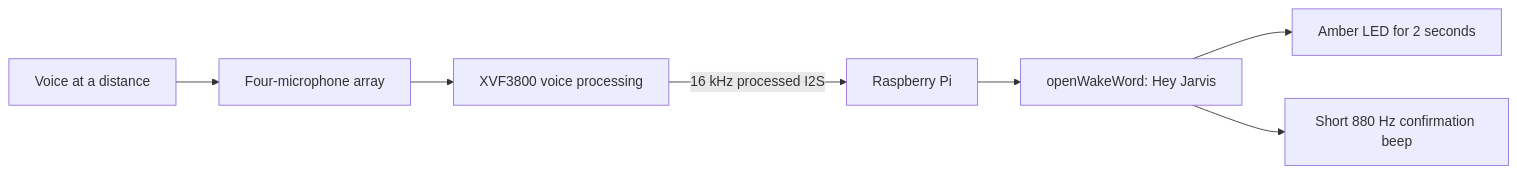
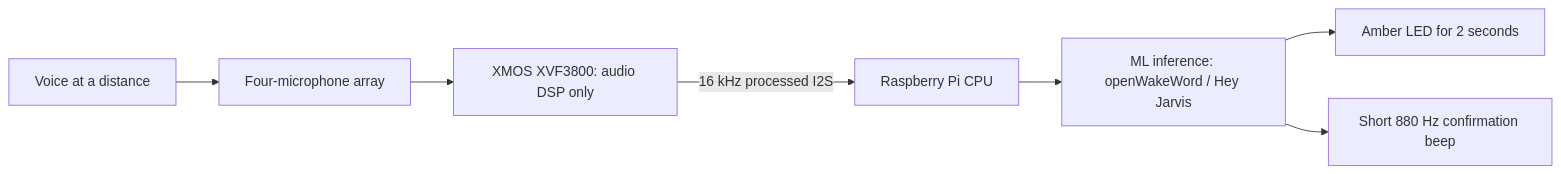
One commit to RASPIAUDIO/Voice-DSP-Plus changed the diagram in docs/application-notes/far-field-wake-word-demo.md. Above: the diagram before and after it, drawn with Mermaid. The commit also changed other lines of this file and 9 other files, not shown here.

Commit message:
Add Voice DSP+ product overview video

````diff
--- a/docs/application-notes/far-field-wake-word-demo.md
+++ b/docs/application-notes/far-field-wake-word-demo.md
@@ -7,9 +19,9 @@
 ```mermaid
 flowchart LR
     A["Voice at a distance"] --> B["Four-microphone array"]
-    B --> C["XVF3800 voice processing"]
-    C -->|"16 kHz processed I2S"| D["Raspberry Pi"]
-    D --> E["openWakeWord: Hey Jarvis"]
+    B --> C["XMOS XVF3800: audio DSP only"]
+    C -->|"16 kHz processed I2S"| D["Raspberry Pi CPU"]
+    D --> E["ML inference: openWakeWord / Hey Jarvis"]
     E --> F["Amber LED for 2 seconds"]
     E --> G["Short 880 Hz confirmation beep"]
 ```
````
